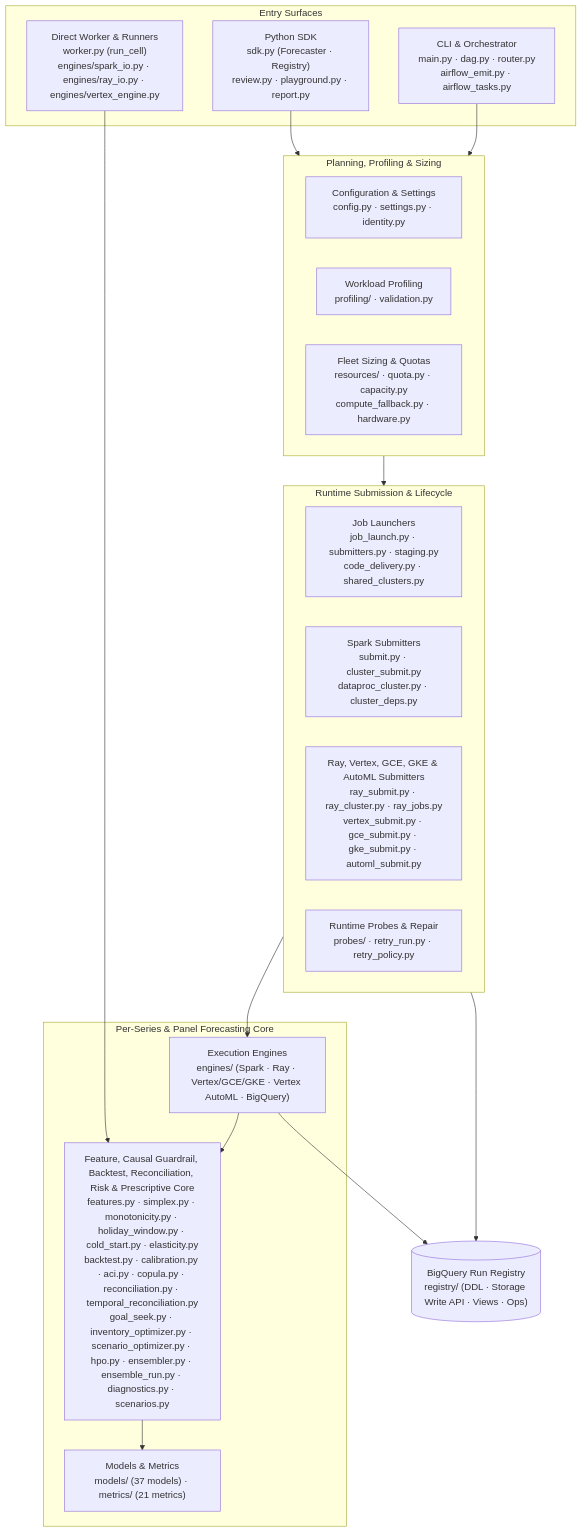
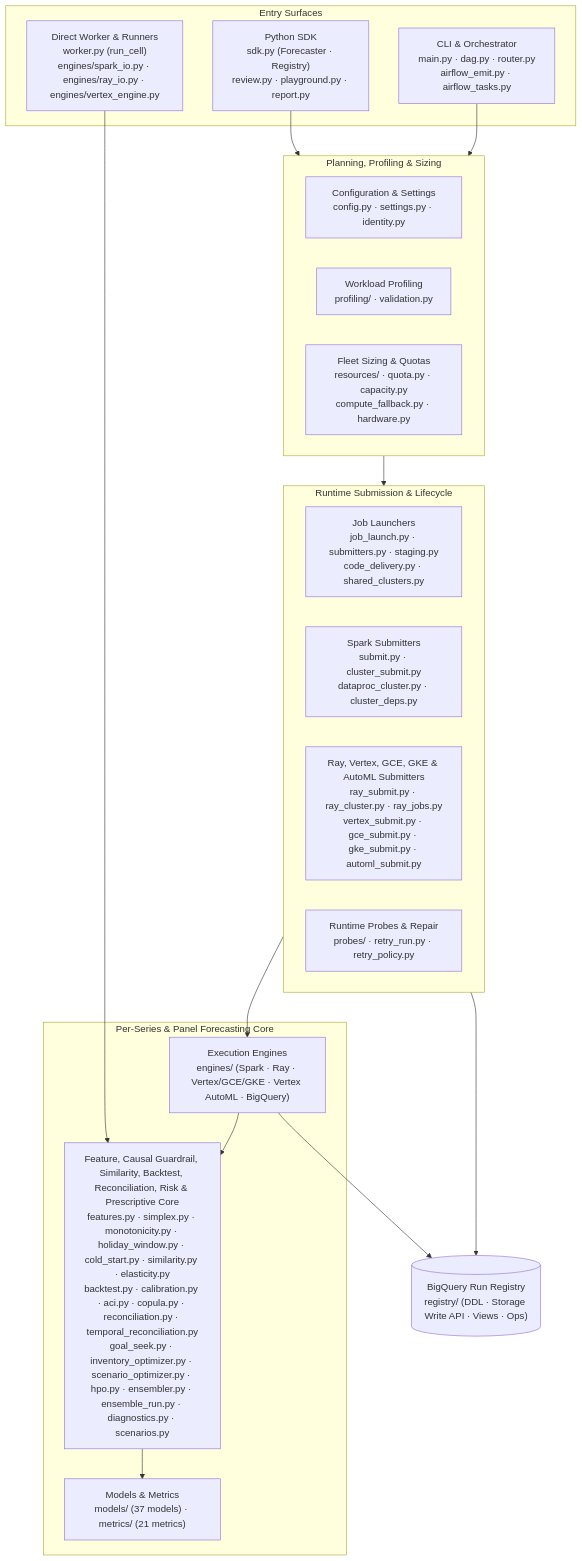
One commit to statmike/scale-forecasting changed the diagram in src/scale_forecasting/README.md. Above: the diagram before and after it, drawn with Mermaid. The commit also changed other lines of this file and 31 other files, not shown here.

````diff
--- a/src/scale_forecasting/README.md
+++ b/src/scale_forecasting/README.md
@@ -7,36 +7,36 @@
 ```mermaid
 flowchart TB
     subgraph entry["Entry Surfaces"]
         sdk["Python SDK<br/>sdk.py (Forecaster · Registry)<br/>review.py · playground.py · report.py"]
         cli["CLI & Orchestrator<br/>main.py · dag.py · router.py<br/>airflow_emit.py · airflow_tasks.py"]
         direct["Direct Worker & Runners<br/>worker.py (run_cell)<br/>engines/spark_io.py · engines/ray_io.py · engines/vertex_engine.py"]
     end
 
     subgraph plan["Planning, Profiling & Sizing"]
         cfg["Configuration & Settings<br/>config.py · settings.py · identity.py"]
         prof["Workload Profiling<br/>profiling/ · validation.py"]
         res["Fleet Sizing & Quotas<br/>resources/ · quota.py · capacity.py<br/>compute_fallback.py · hardware.py"]
     end
 
     subgraph submit["Runtime Submission & Lifecycle"]
         sub["Job Launchers<br/>job_launch.py · submitters.py · staging.py<br/>code_delivery.py · shared_clusters.py"]
         spark_sub["Spark Submitters<br/>submit.py · cluster_submit.py<br/>dataproc_cluster.py · cluster_deps.py"]
         ray_sub["Ray, Vertex, GCE, GKE & AutoML Submitters<br/>ray_submit.py · ray_cluster.py · ray_jobs.py<br/>vertex_submit.py · gce_submit.py · gke_submit.py · automl_submit.py"]
         probes["Runtime Probes & Repair<br/>probes/ · retry_run.py · retry_policy.py"]
     end
 
     subgraph core["Per-Series & Panel Forecasting Core"]
         eng["Execution Engines<br/>engines/ (Spark · Ray · Vertex/GCE/GKE · Vertex AutoML · BigQuery)"]
-        wf["Feature, Causal Guardrail, Backtest, Reconciliation, Risk & Prescriptive Core<br/>features.py · simplex.py · monotonicity.py · holiday_window.py · cold_start.py · elasticity.py<br/>backtest.py · calibration.py · aci.py · copula.py · reconciliation.py · temporal_reconciliation.py<br/>goal_seek.py · inventory_optimizer.py · scenario_optimizer.py · hpo.py · ensembler.py · ensemble_run.py · diagnostics.py · scenarios.py"]
+        wf["Feature, Causal Guardrail, Similarity, Backtest, Reconciliation, Risk & Prescriptive Core<br/>features.py · simplex.py · monotonicity.py · holiday_window.py · cold_start.py · similarity.py · elasticity.py<br/>backtest.py · calibration.py · aci.py · copula.py · reconciliation.py · temporal_reconciliation.py<br/>goal_seek.py · inventory_optimizer.py · scenario_optimizer.py · hpo.py · ensembler.py · ensemble_run.py · diagnostics.py · scenarios.py"]
         mod["Models & Metrics<br/>models/ (37 models) · metrics/ (21 metrics)"]
     end
 
     reg[("BigQuery Run Registry<br/>registry/ (DDL · Storage Write API · Views · Ops)")]
 
     sdk & cli --> plan
     plan --> submit
     submit --> eng
     direct --> wf
     eng --> wf --> mod
     eng & submit --> reg
 ```
````
